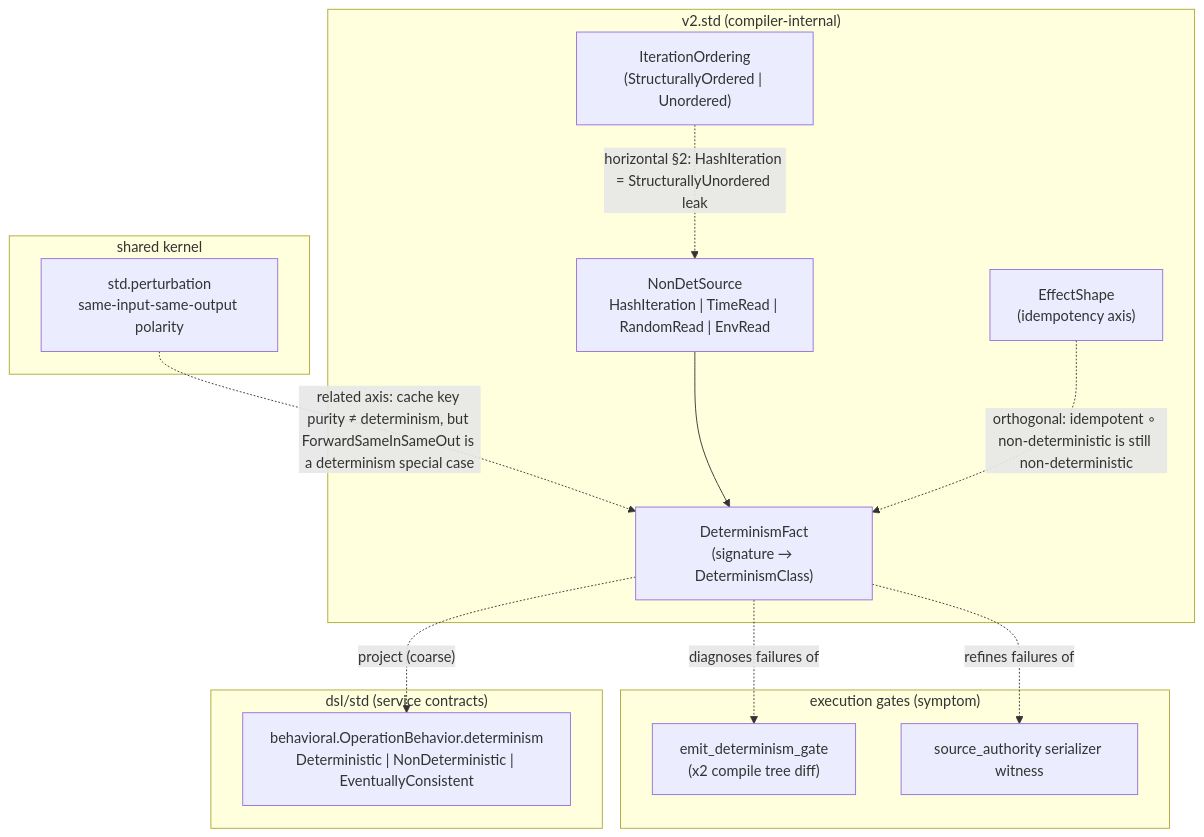
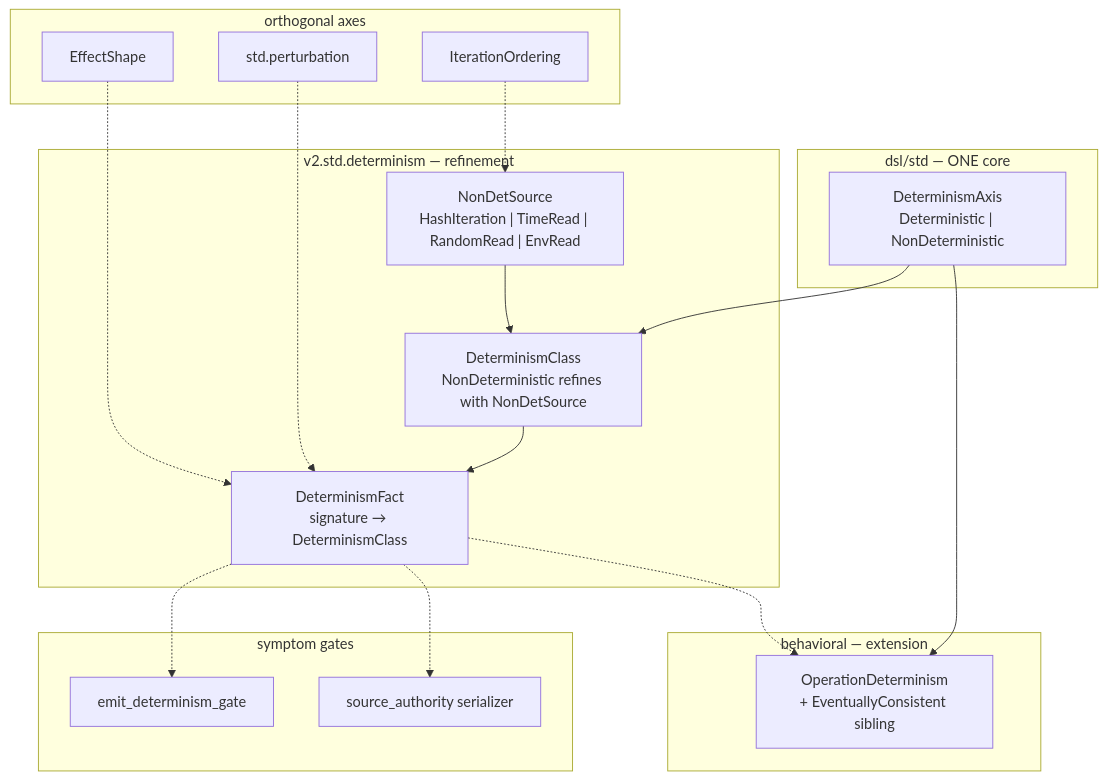
Before and after one commit to gunb-ai/gunbc: the diagram in docs/plans/determinism-mechanism-design.md, drawn with Mermaid. The commit also changed other lines of this file, not shown here.

First line of the commit message:
docs: sharpen determinism design per manager review

````diff
--- a/docs/plans/determinism-mechanism-design.md
+++ b/docs/plans/determinism-mechanism-design.md
@@ -37,30 +96,38 @@
 ```mermaid
 flowchart TB
-  subgraph std_compiler ["v2.std (compiler-internal)"]
-    DF["DeterminismFact\n(signature → DeterminismClass)"]
-    NDS["NonDetSource\nHashIteration | TimeRead | RandomRead | EnvRead"]
-    ES["EffectShape\n(idempotency axis)"]
-    IO["IterationOrdering\n(StructurallyOrdered | Unordered)"]
+  subgraph core ["dsl/std — ONE core"]
+    DA["DeterminismAxis\nDeterministic | NonDeterministic"]
   end
 
-  subgraph dsl_extdeps ["dsl/std (service contracts)"]
-    BD["behavioral.OperationBehavior.determinism\nDeterministic | NonDeterministic | EventuallyConsistent"]
+  subgraph compiler ["v2.std.determinism — refinement"]
+    DC["DeterminismClass\nNonDeterministic refines with NonDetSource"]
+    NDS["NonDetSource\nHashIteration | TimeRead | RandomRead | EnvRead"]
+    DF["DeterminismFact\nsignature → DeterminismClass"]
   end
 
-  subgraph gates ["execution gates (symptom)"]
-    EDG["emit_determinism_gate\n(x2 compile tree diff)"]
-    SAS["source_authority serializer witness"]
+  subgraph service ["behavioral — extension"]
+    OD["OperationDeterminism\n+ EventuallyConsistent sibling"]
   end
 
-  subgraph kernel ["shared kernel"]
-    P["std.perturbation\nsame-input-same-output polarity"]
+  subgraph nearby ["orthogonal axes"]
+    ES["EffectShape"]
+    IO["IterationOrdering"]
+    P["std.perturbation"]
   end
 
-  NDS --> DF
-  IO -.->|"horizontal §2: HashIteration = StructurallyUnordered leak"| NDS
-  DF -.->|"project (coarse)"| BD
-  DF -.->|"diagnoses failures of"| EDG
-  DF -.->|"refines failures of"| SAS
-  P -.->|"related axis: cache key purity ≠ determinism, but ForwardSameInSameOut is a determinism special case"| DF
-  ES -.->|"orthogonal: idempotent ∘ non-deterministic is still non-deterministic"| DF
+  subgraph gates ["symptom gates"]
+    EDG["emit_determinism_gate"]
+    SAS["source_authority serializer"]
+  end
+
+  DA --> DC
+  NDS --> DC
+  DC --> DF
+  DA --> OD
+  IO -.-> NDS
+  DF -.-> OD
+  DF -.-> EDG
+  DF -.-> SAS
+  P -.-> DF
+  ES -.-> DF
 ```
````
